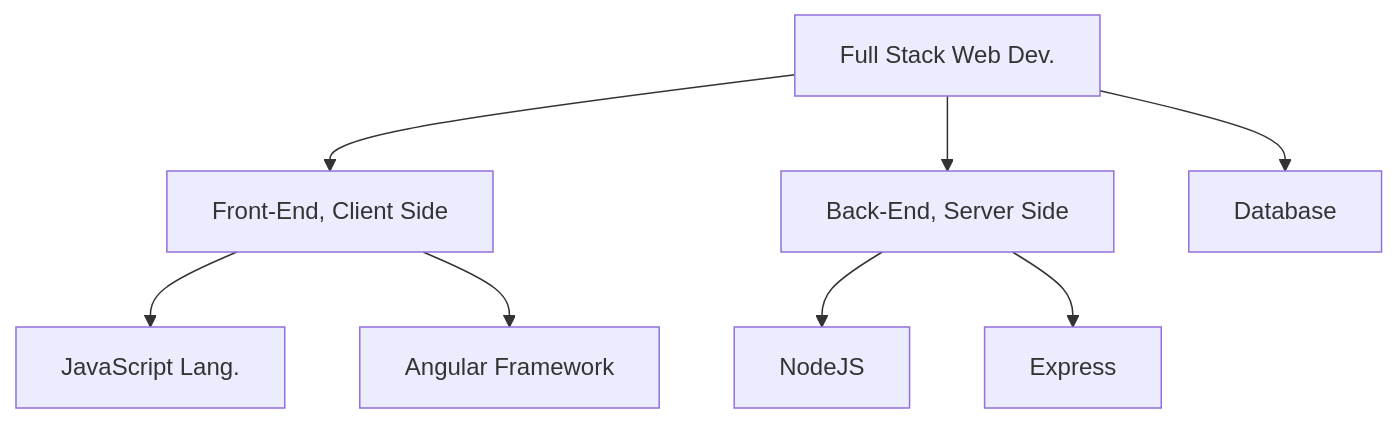
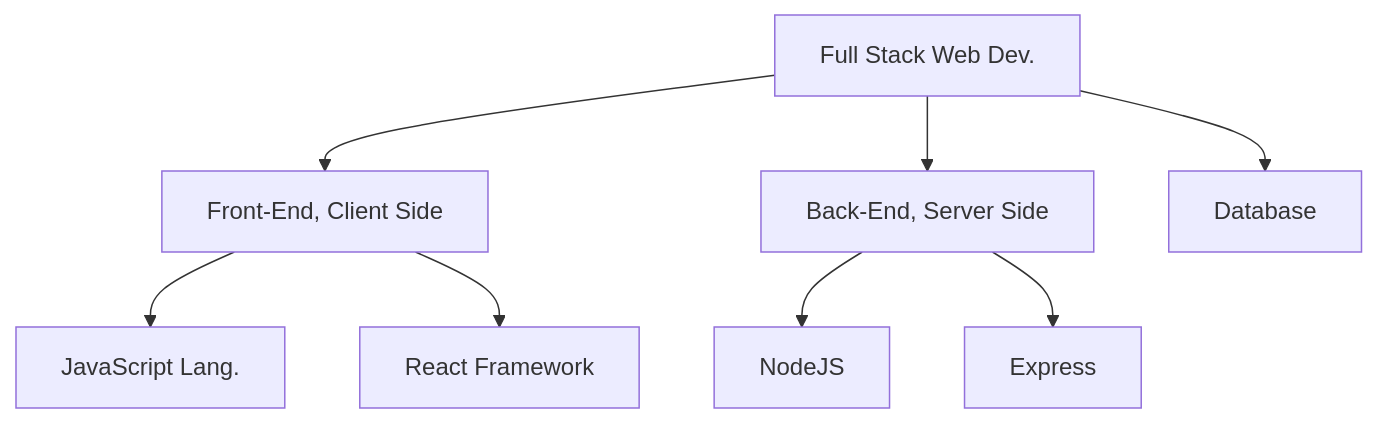
The third of 5 diagrams in README.md (uptimistic/FullStackWebDev), drawn with Mermaid before and after one commit. The commit also changed other lines of this file, not shown here.

````diff
--- a/README.md
+++ b/README.md
@@ -44,11 +47,11 @@
 ```mermaid
 graph TD;
     A[Full Stack Web Dev.]-->B[Front-End, Client Side];
     A-->C[Back-End, Server Side];
     B-->D[JavaScript Lang.];
-    B-->E[Angular Framework];
+    B-->E[React Framework];
     
     C-->F[NodeJS];
     C-->G[Express];
     A-->H[Database];
 ```
````
